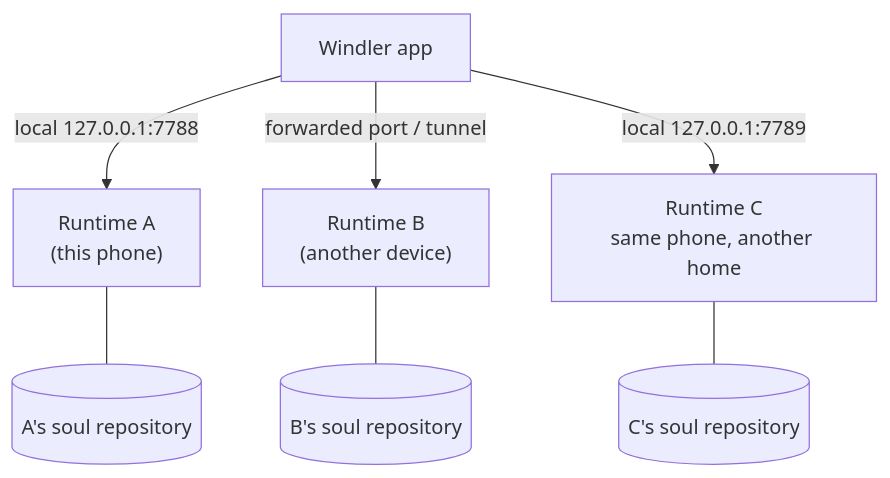
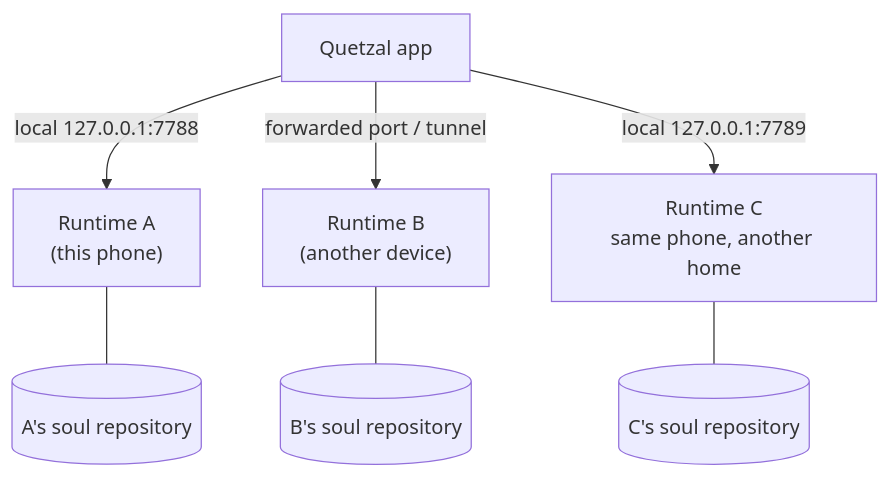
One commit to Causally-XYZ/Project.Quetzal changed the diagram in website/content/docs/en/guide/multi-agent.md. Above: the diagram before and after it, drawn with Mermaid. The commit also changed other lines of this file and 150 other files, not shown here.

First line of the commit message:
更名为 Quetzal：运行基座、控制台、npm 包、官网、文档全部由 Windler 改名

````diff
--- a/website/content/docs/en/guide/multi-agent.md
+++ b/website/content/docs/en/guide/multi-agent.md
@@ -10,10 +10,10 @@
 ```mermaid
 flowchart TB
-  APP["Windler app"]
+  APP["Quetzal app"]
   APP -- "local 127.0.0.1:7788" --> A["Runtime A<br/>(this phone)"]
   APP -- "forwarded port / tunnel" --> B["Runtime B<br/>(another device)"]
   APP -- "local 127.0.0.1:7789" --> C["Runtime C<br/>same phone, another home"]
   A --- SA[("A's soul repository")]
   B --- SB[("B's soul repository")]
   C --- SC[("C's soul repository")]
 ```
````
